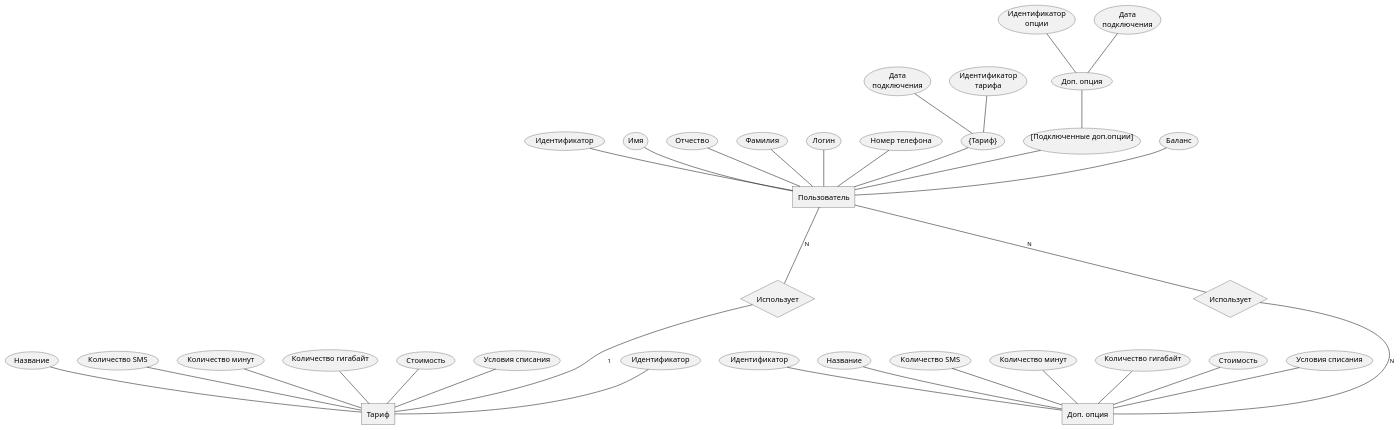
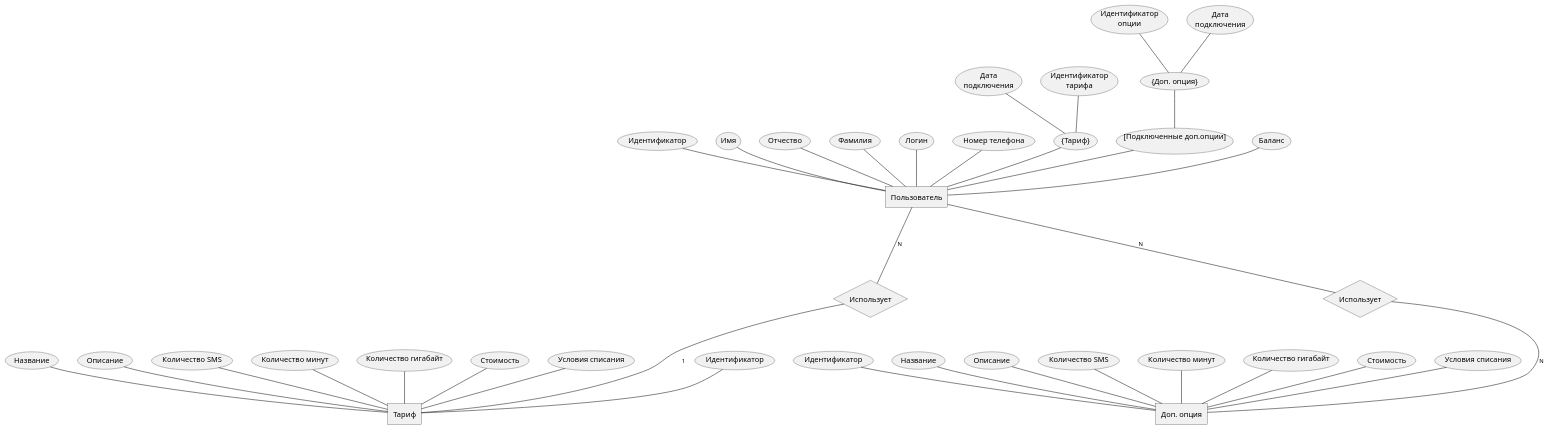
The diagram in diploma/er_diag.puml (denmaloyreb/netology), drawn with PlantUML before and after one commit.

```diff
--- a/diploma/er_diag.puml
+++ b/diploma/er_diag.puml
@@ -1,57 +1,59 @@
 @startchen
 
 entity "Пользователь" as User {
 "Идентификатор" as id
 "Имя" as name
 "Отчество" as secondName
 "Фамилия" as surname
 "Логин" as login
 "Номер телефона" as phoneNumber
 "{Тариф}" as tarifInfo {
  "Идентификатор\nтарифа" as tarifId
 "Дата\nподключения" as tarifBuyDate
 }
 "[Подключенные доп.опции]" as usedOptions {
-"Доп. опция" as option {
+"{Доп. опция}" as option {
  "Идентификатор\nопции" as optionId
 "Дата\nподключения" as optionBuyDate
 }
 }
 "Баланс" as balanse
 }
 
 entity "Тариф" as Tarif {
 "Идентификатор" as id
 "Название" as tarifName
+"Описание" as tarifDescription
 "Количество SMS" as SMS
 "Количество минут" as minutes
 "Количество гигабайт" as gigabytes
 "Стоимость" as tarifCost
 "Условия списания" as tarifPayRules
 }
 
 relationship "Использует" as BuyTarif {
 }
 
 User -N- BuyTarif
 BuyTarif -1- Tarif
 
 entity "Доп. опция" as Option {
 "Идентификатор" as id
 "Название" as optionName
+"Описание" as optionDescription
 "Количество SMS" as SMS
 "Количество минут" as minutes
 "Количество гигабайт" as gigabytes
 "Стоимость" as optionCost
 "Условия списания" as optionPayRules
 }
 
 relationship "Использует" as BuyOptions {
 }
 
 User -N- BuyOptions
 BuyOptions -N- Option
 
 
 
 @endchen
```
